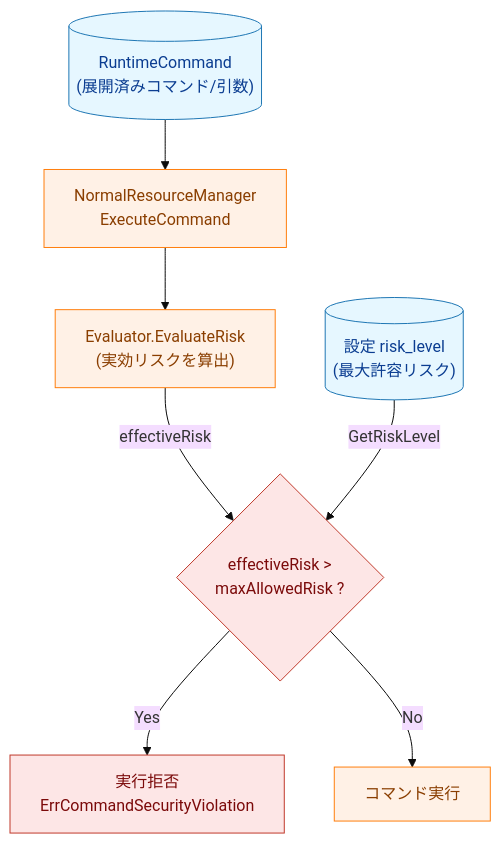
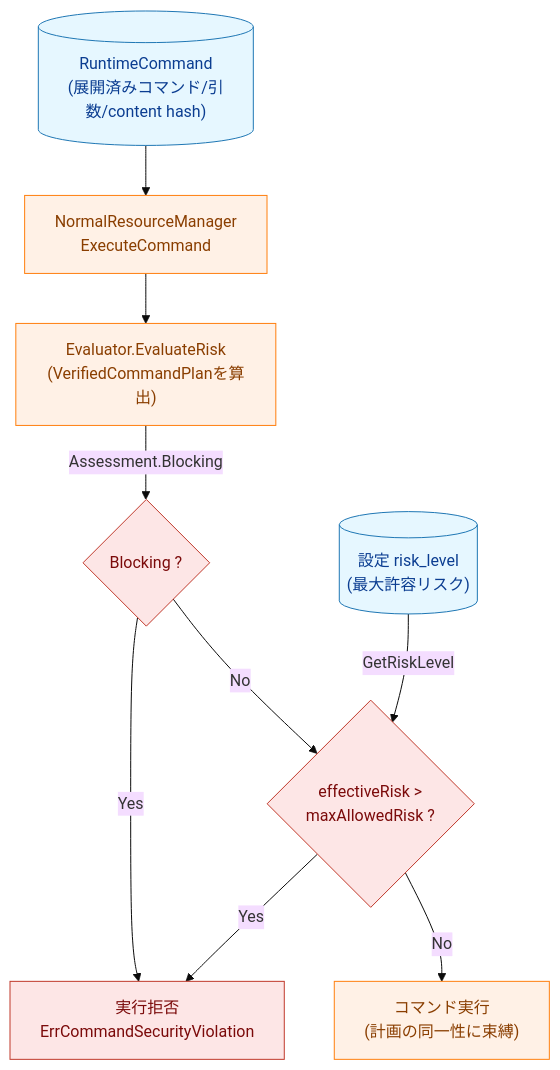
Before and after one commit to isseis/go-safe-cmd-runner: the second of 5 diagrams in docs/dev/architecture_design/command-risk-evaluation.ja.md, drawn with Mermaid (base theme). The commit also changed other lines of this file, not shown here.

First line of the commit message:
docs: update command risk evaluation guide (Japanese) to match current source

````diff
--- a/docs/dev/architecture_design/command-risk-evaluation.ja.md
+++ b/docs/dev/architecture_design/command-risk-evaluation.ja.md
@@ -60,18 +64,20 @@
 ```mermaid
 flowchart TD
     classDef data fill:#e6f7ff,stroke:#1f77b4,stroke-width:1px,color:#0b3d91;
     classDef process fill:#fff1e6,stroke:#ff7f0e,stroke-width:1px,color:#8a3e00;
     classDef decision fill:#fde6e6,stroke:#c0392b,stroke-width:1px,color:#7b0a0a;
 
-    A[("RuntimeCommand<br>(展開済みコマンド/引数)")] --> B["NormalResourceManager<br>ExecuteCommand"]
-    B --> C["Evaluator.EvaluateRisk<br>(実効リスクを算出)"]
-    C -->|"effectiveRisk"| D{"effectiveRisk ><br>maxAllowedRisk ?"}
-    E[("設定 risk_level<br>(最大許容リスク)")] -->|"GetRiskLevel"| D
-    D -->|"Yes"| F["実行拒否<br>ErrCommandSecurityViolation"]
-    D -->|"No"| G["コマンド実行"]
+    A[("RuntimeCommand<br>(展開済みコマンド/引数/content hash)")] --> B["NormalResourceManager<br>ExecuteCommand"]
+    B --> C["Evaluator.EvaluateRisk<br>(VerifiedCommandPlanを算出)"]
+    C -->|"Assessment.Blocking"| D1{"Blocking ?"}
+    D1 -->|"Yes"| F["実行拒否<br>ErrCommandSecurityViolation"]
+    D1 -->|"No"| D2{"effectiveRisk ><br>maxAllowedRisk ?"}
+    E[("設定 risk_level<br>(最大許容リスク)")] -->|"GetRiskLevel"| D2
+    D2 -->|"Yes"| F
+    D2 -->|"No"| G["コマンド実行<br>(計画の同一性に束縛)"]
 
     class A,E data;
     class B,C,G process;
-    class D decision;
+    class D1,D2 decision;
     class F decision;
 ```
````
